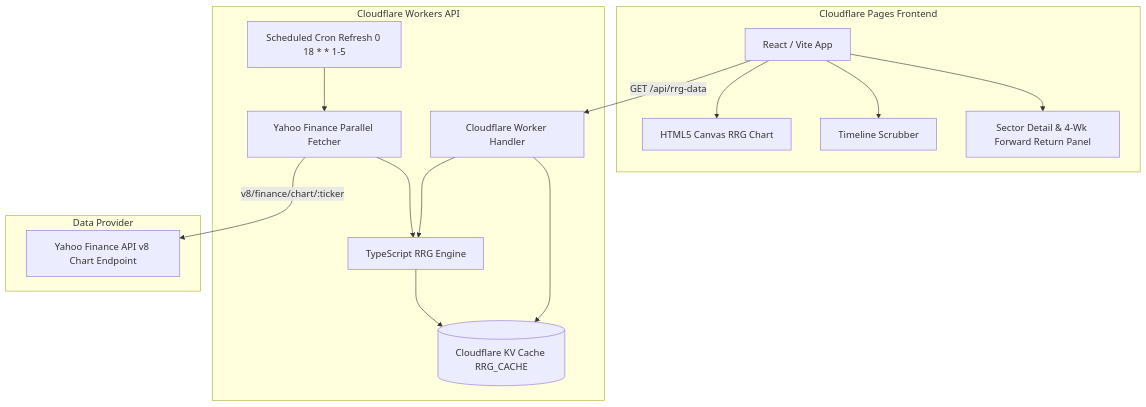
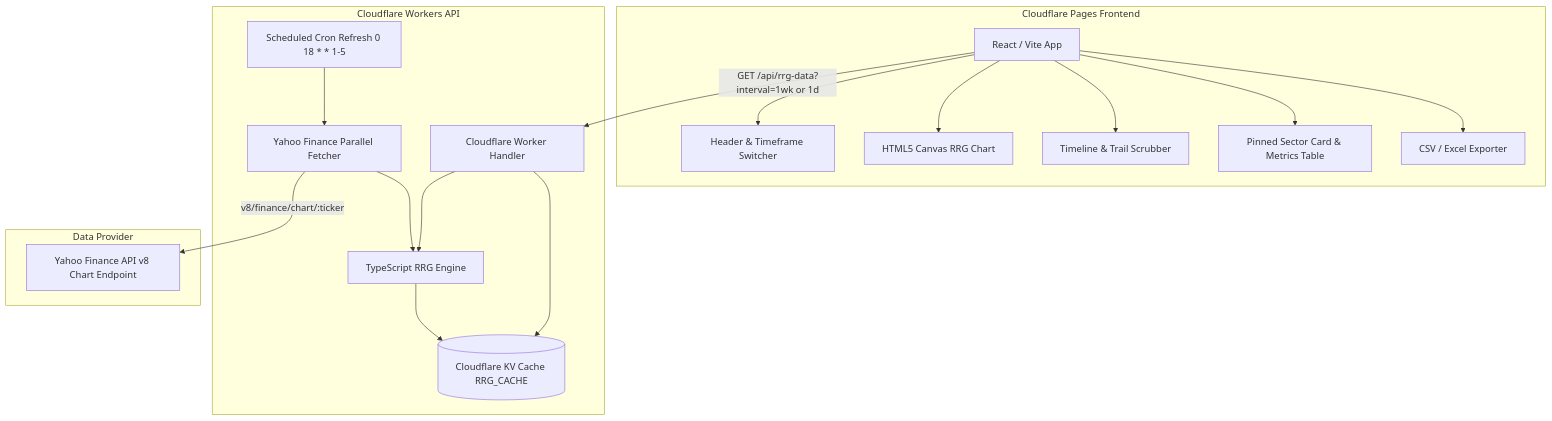
One commit to VIJNESH200/rrg-indian-sectors-web changed the diagram in README.md. Above: the diagram before and after it, drawn with Mermaid. The commit also changed other lines of this file, not shown here.

Commit message:
docs(readme): update README.md with Dual Timeframe support, Daily 20D/5D EMA smoothing pipeline, API docs, and key features

````diff
--- a/README.md
+++ b/README.md
@@ -11,33 +22,38 @@
 ```mermaid
 flowchart TD
     subgraph Client [Cloudflare Pages Frontend]
         UI[React / Vite App]
+        Header[Header & Timeframe Switcher]
         Canvas[HTML5 Canvas RRG Chart]
-        Scrubber[Timeline Scrubber]
-        Panel[Sector Detail & 4-Wk Forward Return Panel]
+        Scrubber[Timeline & Trail Scrubber]
+        Panel[Pinned Sector Card & Metrics Table]
+        Export[CSV / Excel Exporter]
+
+        UI --> Header
         UI --> Canvas
         UI --> Scrubber
         UI --> Panel
+        UI --> Export
     end
 
     subgraph Backend [Cloudflare Workers API]
         Worker[Cloudflare Worker Handler]
         Cron[Scheduled Cron Refresh 0 18 * * 1-5]
         Engine[TypeScript RRG Engine]
         Fetcher[Yahoo Finance Parallel Fetcher]
         KV[(Cloudflare KV Cache RRG_CACHE)]
 
         Worker --> KV
         Worker --> Engine
         Cron --> Fetcher
         Fetcher --> Engine
         Engine --> KV
     end
 
     subgraph External [Data Provider]
         YF[Yahoo Finance API v8 Chart Endpoint]
     end
 
-    UI -->|GET /api/rrg-data| Worker
+    UI -->|GET /api/rrg-data?interval=1wk or 1d| Worker
     Fetcher -->|"v8/finance/chart/:ticker"| YF
 ```
````
